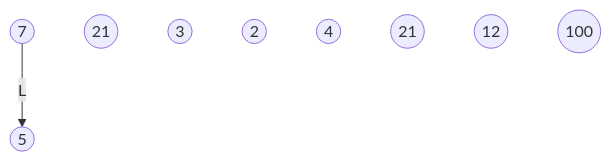
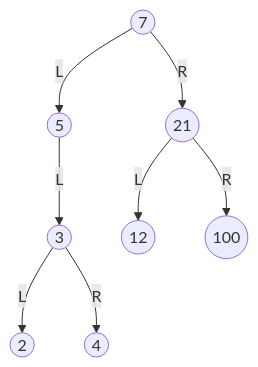
One commit to Luca-02/dispense-algoritmica changed the second of 2 diagrams in Algoritmi e Strutture Dati/2. 🔩 Strutture Dati/🟢 Alberi/2. Visite degli Alberi.md. Above: the diagram before and after it, drawn with Mermaid. The commit also changed other lines of this file, not shown here.

Commit message:
vault backup: 2022-06-30 16:26:37

````diff
--- a/Algoritmi e Strutture Dati/2. 🔩 Strutture Dati/🟢 Alberi/2. Visite degli Alberi.md
+++ b/Algoritmi e Strutture Dati/2. 🔩 Strutture Dati/🟢 Alberi/2. Visite degli Alberi.md
@@ -36,17 +36,24 @@
 ```mermaid
-graph TB; 
+graph TB
 i1((7))
 
 i2((5))
 i3((21))
 
 i4((3))
 i5((2))
 i6((4))
 
-i7((21))
 i8((12))
 i9((100))
 
 i1 --L--> i2
+i1 --R--> i3
+
+i2 --L--> i4
+i4 --L--> i5
+i4 --R--> i6
+
+i3 --L--> i8
+i3 --R--> i9
 ```
````
